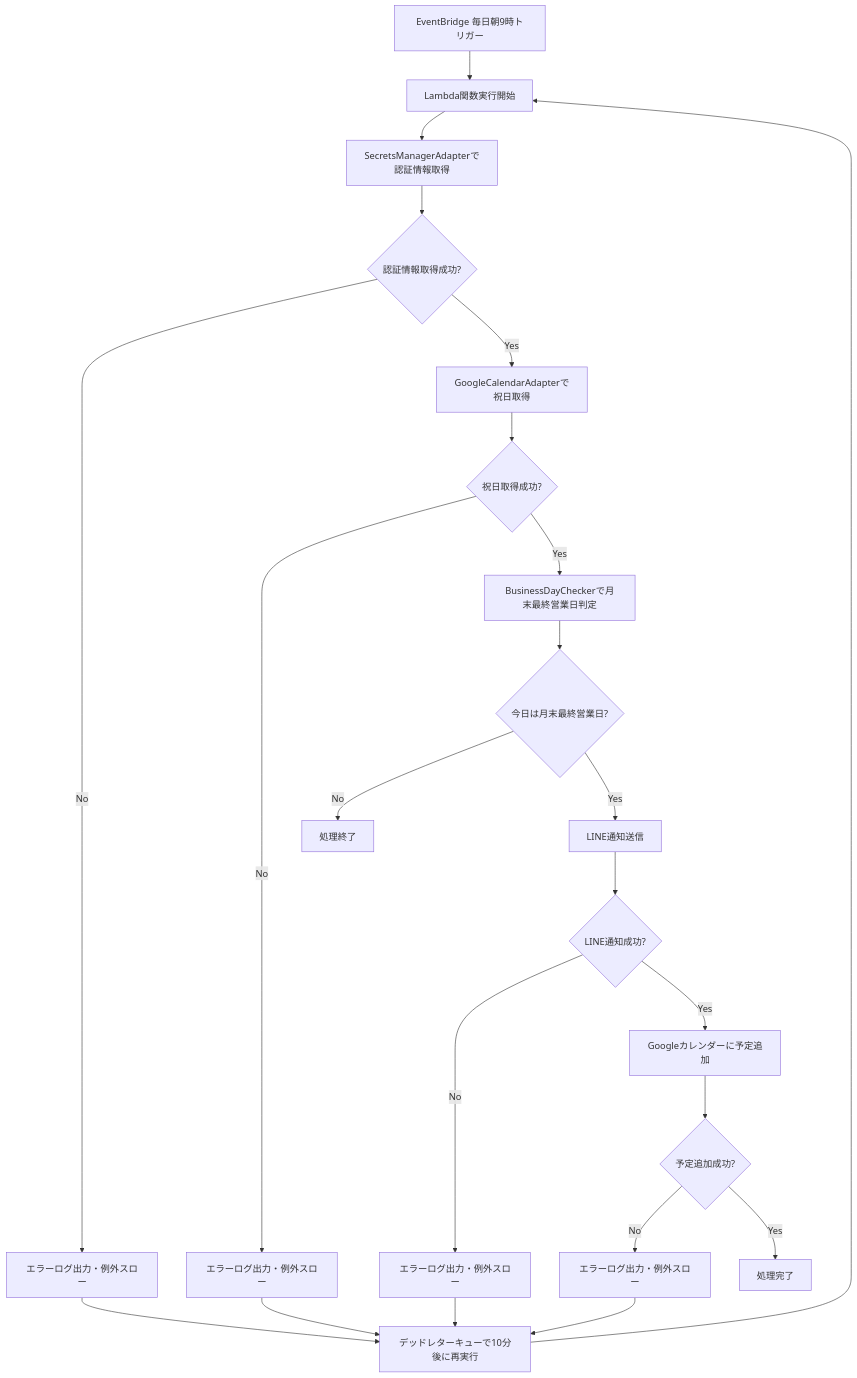
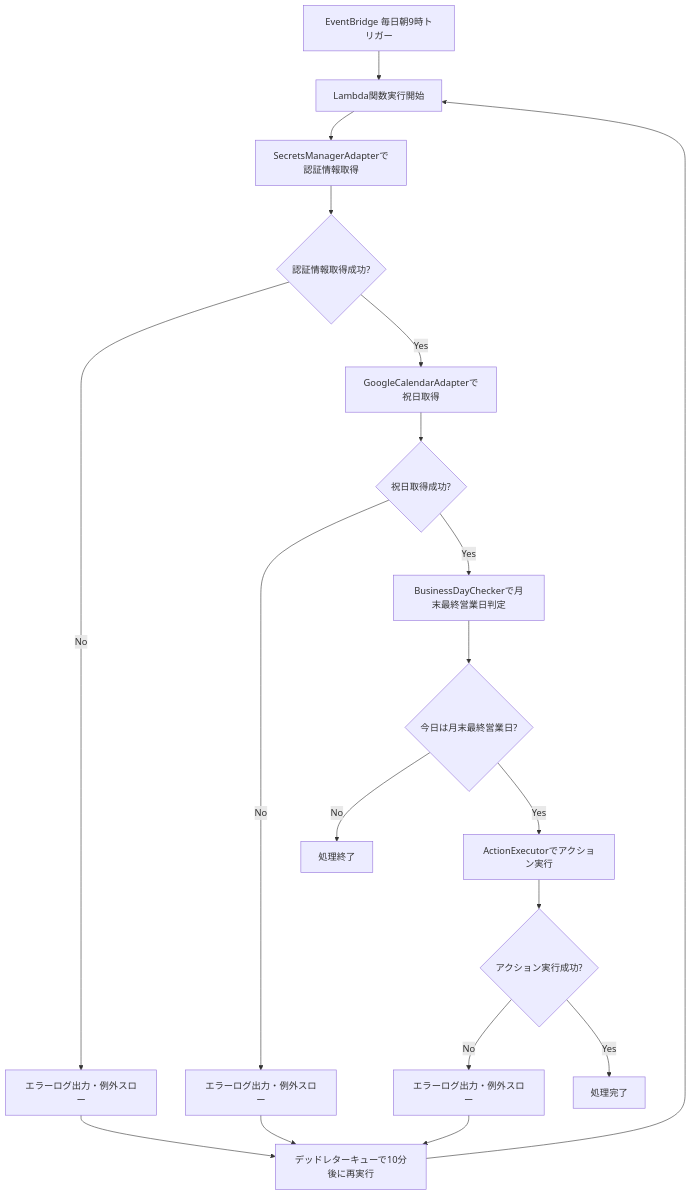
One commit to ko-uema2/monthlyEnd-businessDayCheck changed the second of 2 diagrams in docs/requirements-definition.md. Above: the diagram before and after it, drawn with Mermaid. The commit also changed other lines of this file and 1 other file, not shown here.

````diff
--- a/docs/requirements-definition.md
+++ b/docs/requirements-definition.md
@@ -90,26 +91,22 @@
 ```mermaid
 flowchart TD
     A[EventBridge 毎日朝9時トリガー] --> B[Lambda関数実行開始]
     B --> C[SecretsManagerAdapterで認証情報取得]
     C --> D{認証情報取得成功?}
     D -->|No| E[エラーログ出力・例外スロー]
     D -->|Yes| F[GoogleCalendarAdapterで祝日取得]
     F --> G{祝日取得成功?}
     G -->|No| H[エラーログ出力・例外スロー]
     G -->|Yes| I[BusinessDayCheckerで月末最終営業日判定]
     I --> J{今日は月末最終営業日?}
     J -->|No| K[処理終了]
-    J -->|Yes| L[LINE通知送信]
-    L --> M{LINE通知成功?}
+    J -->|Yes| L[ActionExecutorでアクション実行]
+    L --> M{アクション実行成功?}
     M -->|No| N[エラーログ出力・例外スロー]
-    M -->|Yes| O[Googleカレンダーに予定追加]
-    O --> P{予定追加成功?}
-    P -->|No| Q[エラーログ出力・例外スロー]
-    P -->|Yes| R[処理完了]
+    M -->|Yes| O[処理完了]
     
-    E --> S[デッドレターキューで10分後に再実行]
-    H --> S
-    N --> S
-    Q --> S
-    S --> B
+    E --> P[デッドレターキューで10分後に再実行]
+    H --> P
+    N --> P
+    P --> B
 ```
````
